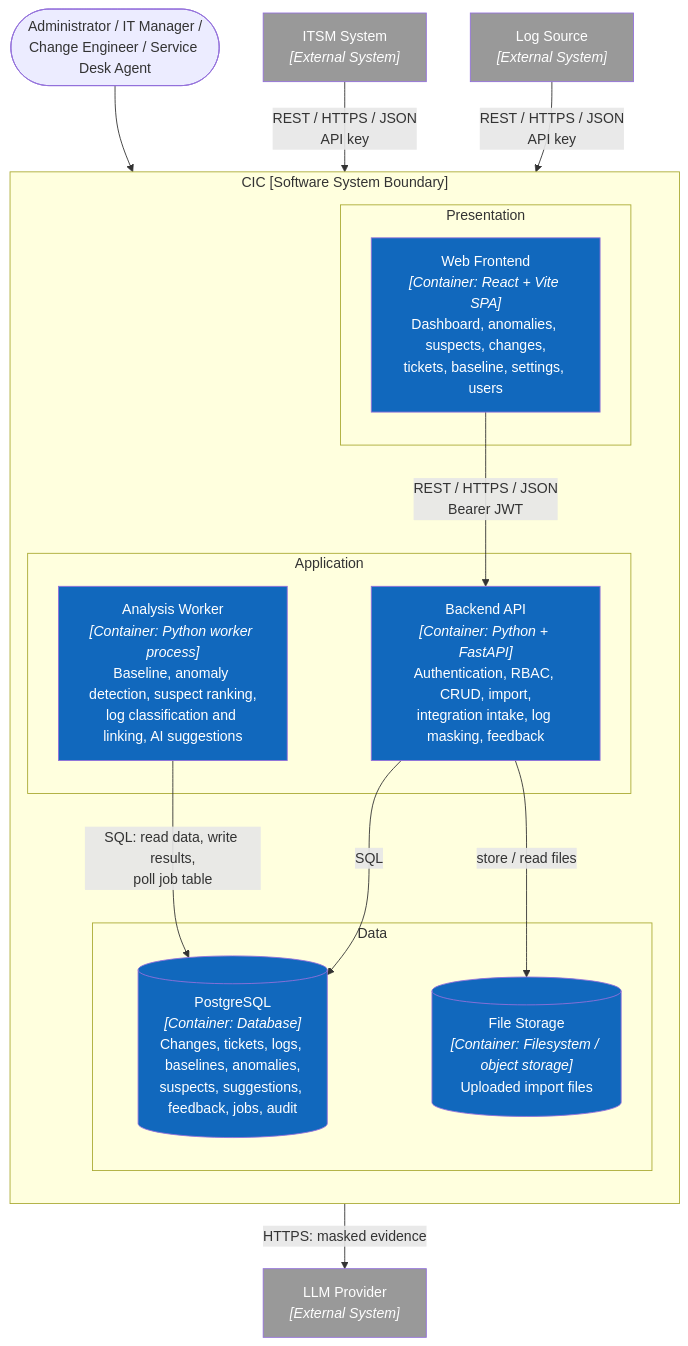
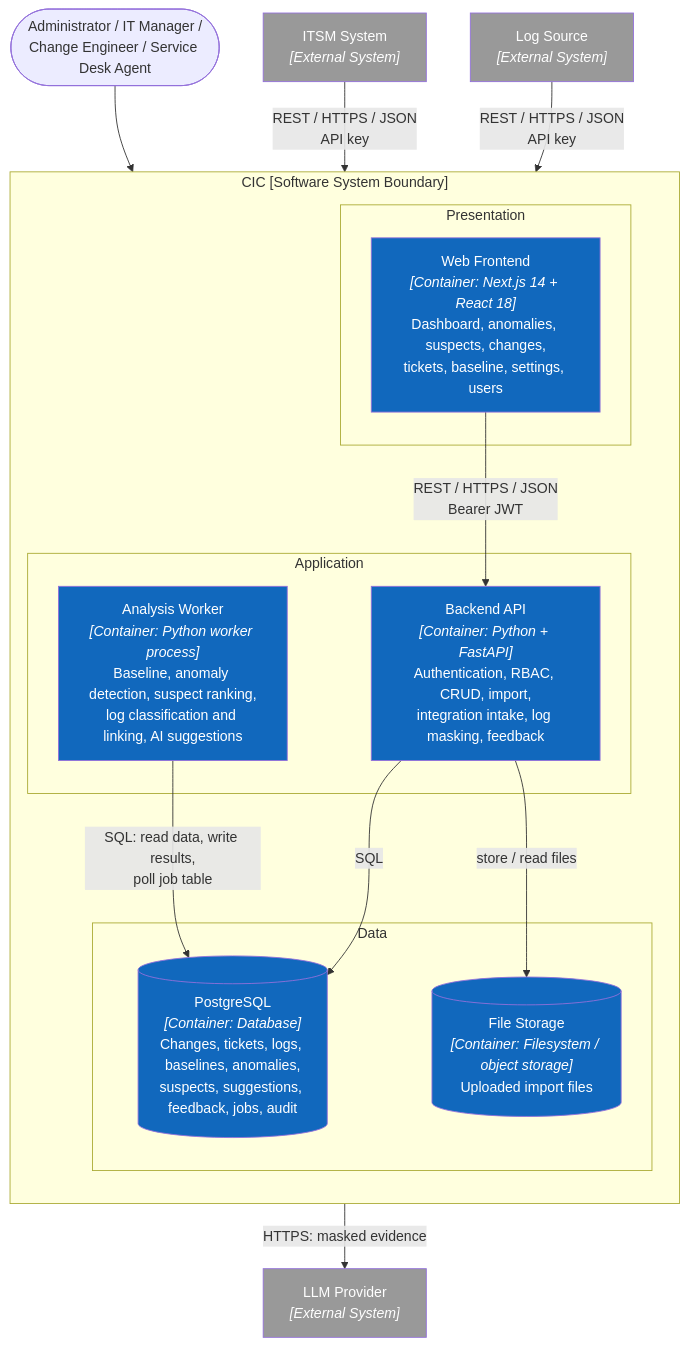
One commit to DuykoNgu/practise changed the fifth of 8 diagrams in README.md. Above: the diagram before and after it, drawn with Mermaid. The commit also changed other lines of this file and 5 other files, not shown here.

````diff
--- a/README.md
+++ b/README.md
@@ -267,40 +267,40 @@
 ```mermaid
 flowchart TB
     people(["Administrator / IT Manager /<br/>Change Engineer / Service Desk Agent"])
     itsm["ITSM System<br/><i>[External System]</i>"]
     logsrc["Log Source<br/><i>[External System]</i>"]
     llm["LLM Provider<br/><i>[External System]</i>"]
 
     subgraph platform["CIC [Software System Boundary]"]
         direction TB
         subgraph presentation["Presentation"]
-            web["Web Frontend<br/><i>[Container: React + Vite SPA]</i><br/>Dashboard, anomalies, suspects, changes,<br/>tickets, baseline, settings, users"]
+            web["Web Frontend<br/><i>[Container: Next.js 14 + React 18]</i><br/>Dashboard, anomalies, suspects, changes,<br/>tickets, baseline, settings, users"]
         end
         subgraph application["Application"]
             api["Backend API<br/><i>[Container: Python + FastAPI]</i><br/>Authentication, RBAC, CRUD, import,<br/>integration intake, log masking, feedback"]
             worker["Analysis Worker<br/><i>[Container: Python worker process]</i><br/>Baseline, anomaly detection, suspect ranking,<br/>log classification and linking, AI suggestions"]
         end
         subgraph data["Data"]
             db[("PostgreSQL<br/><i>[Container: Database]</i><br/>Changes, tickets, logs, baselines, anomalies,<br/>suspects, suggestions, feedback, jobs, audit")]
             files[("File Storage<br/><i>[Container: Filesystem / object storage]</i><br/>Uploaded import files")]
         end
     end
 
     people --> web
     web -- "REST / HTTPS / JSON<br/>Bearer JWT" --> api
     itsm -- "REST / HTTPS / JSON<br/>API key" --> api
     logsrc -- "REST / HTTPS / JSON<br/>API key" --> api
     api -- "SQL" --> db
     api -- "store / read files" --> files
     worker -- "SQL: read data, write results,<br/>poll job table" --> db
     worker -- "HTTPS: masked evidence" --> llm
 
     style web fill:#1168bd,color:#fff
     style api fill:#1168bd,color:#fff
     style worker fill:#1168bd,color:#fff
     style db fill:#1168bd,color:#fff
     style files fill:#1168bd,color:#fff
     style itsm fill:#999,color:#fff
     style logsrc fill:#999,color:#fff
     style llm fill:#999,color:#fff
 ```
````
